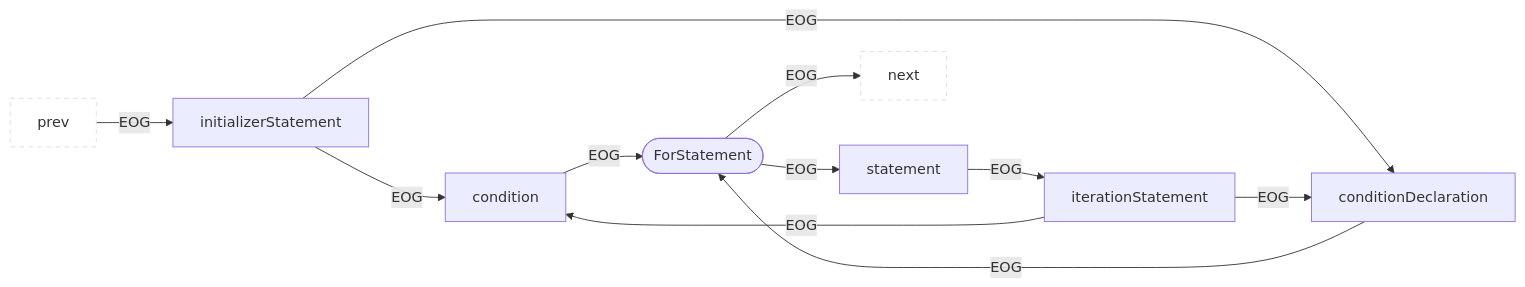
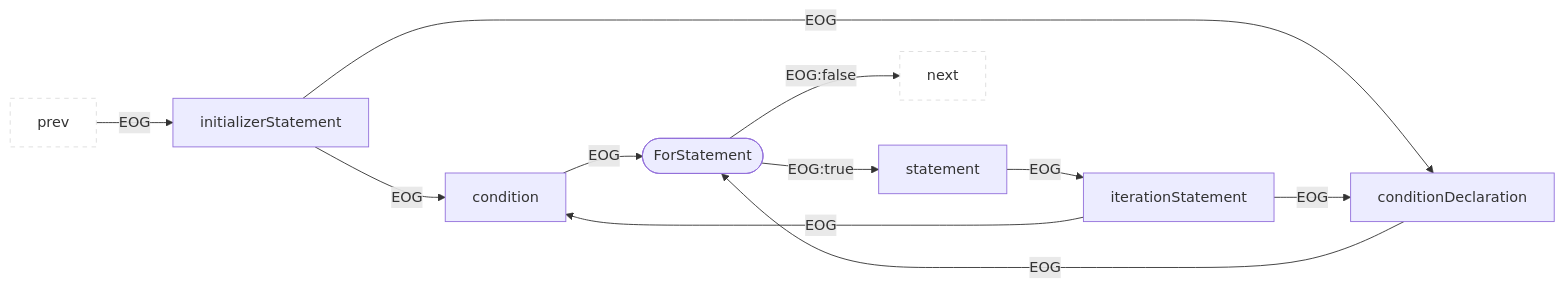
One commit to Fraunhofer-AISEC/cpg changed diagram 34 of 36 in cpg-core/specifications/eog.md. Above: the diagram before and after it, drawn with Mermaid. The commit also changed other lines of this file, not shown here.

````diff
--- a/cpg-core/specifications/eog.md
+++ b/cpg-core/specifications/eog.md
@@ -459,15 +459,15 @@
 ```mermaid
 flowchart LR
   classDef outer fill:#fff,stroke:#ddd,stroke-dasharray:5 5;
   prev:::outer --EOG--> child1["initializerStatement"]
   child1 --EOG--> child2["condition"]
   child1 --EOG--> child3["conditionDeclaration"]
   child2 --EOG--> parent
   child3 --EOG--> parent
-  parent(["ForStatement"]) --EOG--> child4["statement"]
-  parent --EOG--> next:::outer
+  parent(["ForStatement"]) --EOG:true--> child4["statement"]
+  parent --EOG:false--> next:::outer
   child4 --EOG--> child5["iterationStatement"]
   child5 --EOG--> child2
   child5 --EOG--> child3
 
 ```
````
